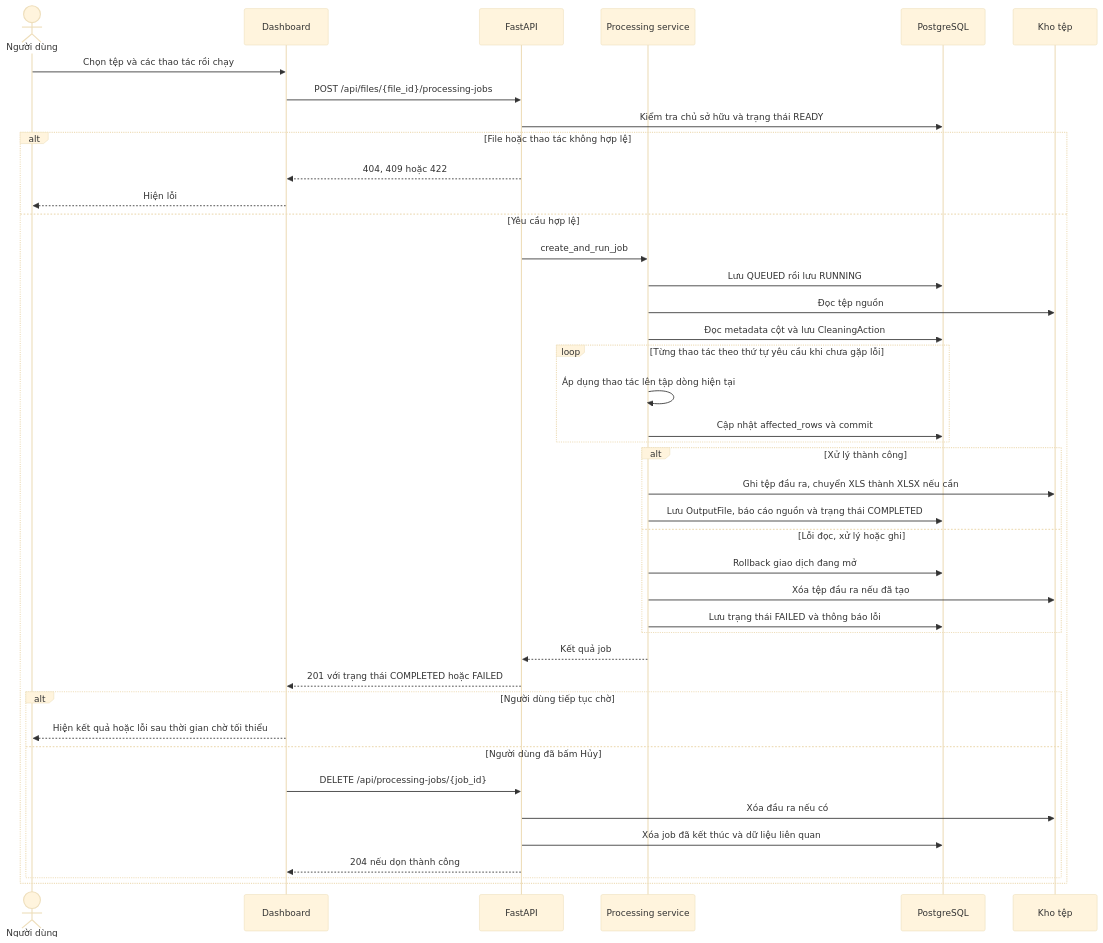
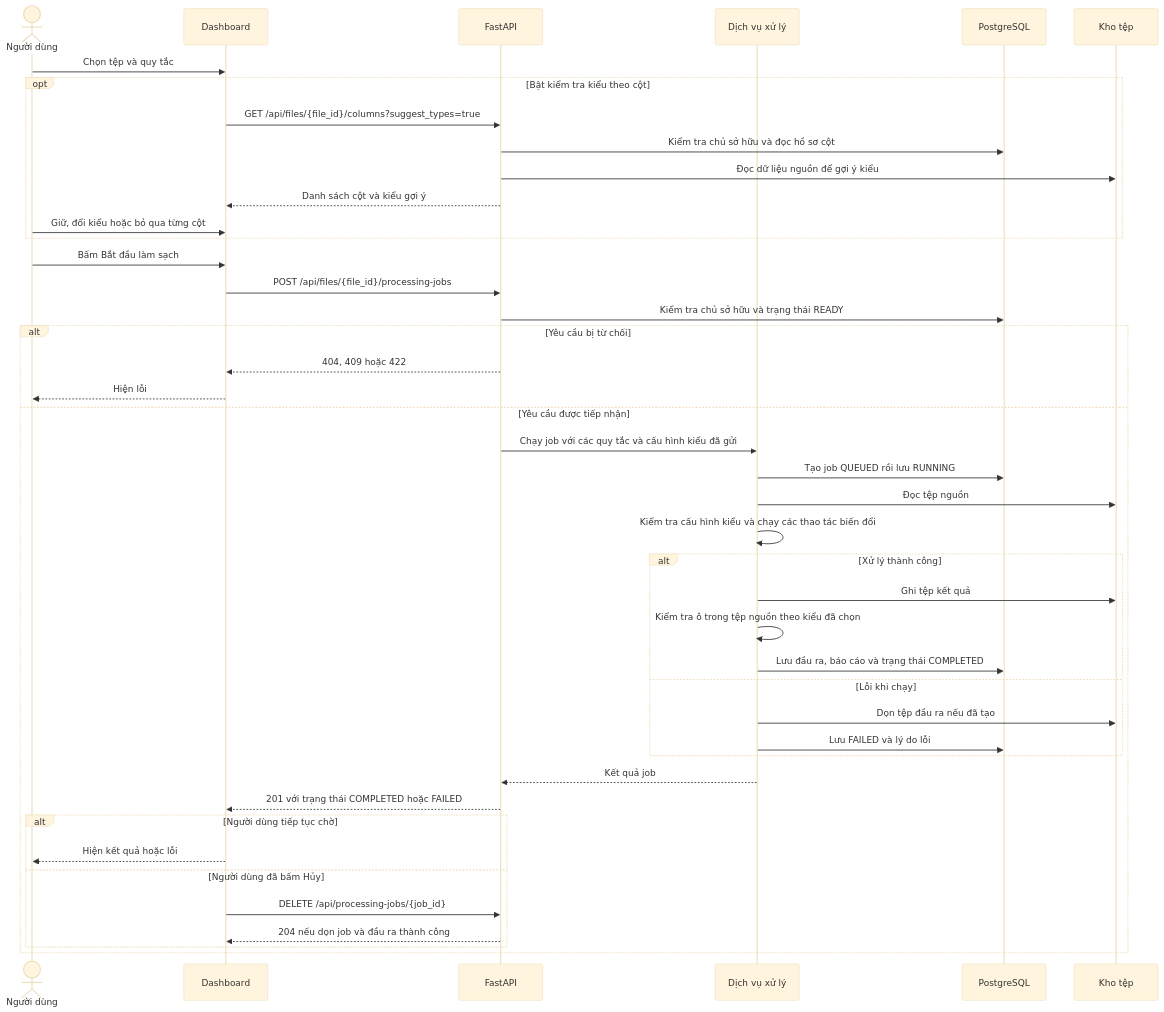
Diagram 12 of 24 in docs/diagrams/So-do-activity-va-sequence.md (tuoicaominh/DATA-CLEANING-AND-ANALYSIS-), drawn with Mermaid (base theme) before and after one commit. The commit also changed other lines of this file and 2 other files, not shown here.

First line of the commit message:
docs: Cập nhật sơ đồ và báo cáo chức năng làm sạch dữ liệu

````diff
--- a/docs/diagrams/So-do-activity-va-sequence.md
+++ b/docs/diagrams/So-do-activity-va-sequence.md
@@ -307,43 +313,45 @@
 ```mermaid
 sequenceDiagram
     actor U as Người dùng
     participant UI as Dashboard
     participant API as FastAPI
-    participant S as Processing service
+    participant S as Dịch vụ xử lý
     participant DB as PostgreSQL
     participant FS as Kho tệp
-    U->>UI: Chọn tệp và các thao tác rồi chạy
+    U->>UI: Chọn tệp và quy tắc
+    opt Bật kiểm tra kiểu theo cột
+        UI->>API: GET /api/files/{file_id}/columns?suggest_types=true
+        API->>DB: Kiểm tra chủ sở hữu và đọc hồ sơ cột
+        API->>FS: Đọc dữ liệu nguồn để gợi ý kiểu
+        API-->>UI: Danh sách cột và kiểu gợi ý
+        U->>UI: Giữ, đổi kiểu hoặc bỏ qua từng cột
+    end
+    U->>UI: Bấm Bắt đầu làm sạch
     UI->>API: POST /api/files/{file_id}/processing-jobs
     API->>DB: Kiểm tra chủ sở hữu và trạng thái READY
-    alt File hoặc thao tác không hợp lệ
+    alt Yêu cầu bị từ chối
         API-->>UI: 404, 409 hoặc 422
         UI-->>U: Hiện lỗi
-    else Yêu cầu hợp lệ
-        API->>S: create_and_run_job
-        S->>DB: Lưu QUEUED rồi lưu RUNNING
+    else Yêu cầu được tiếp nhận
+        API->>S: Chạy job với các quy tắc và cấu hình kiểu đã gửi
+        S->>DB: Tạo job QUEUED rồi lưu RUNNING
         S->>FS: Đọc tệp nguồn
-        S->>DB: Đọc metadata cột và lưu CleaningAction
-        loop Từng thao tác theo thứ tự yêu cầu khi chưa gặp lỗi
-            S->>S: Áp dụng thao tác lên tập dòng hiện tại
-            S->>DB: Cập nhật affected_rows và commit
-        end
+        S->>S: Kiểm tra cấu hình kiểu và chạy các thao tác biến đổi
         alt Xử lý thành công
-            S->>FS: Ghi tệp đầu ra, chuyển XLS thành XLSX nếu cần
-            S->>DB: Lưu OutputFile, báo cáo nguồn và trạng thái COMPLETED
-        else Lỗi đọc, xử lý hoặc ghi
-            S->>DB: Rollback giao dịch đang mở
-            S->>FS: Xóa tệp đầu ra nếu đã tạo
-            S->>DB: Lưu trạng thái FAILED và thông báo lỗi
+            S->>FS: Ghi tệp kết quả
+            S->>S: Kiểm tra ô trong tệp nguồn theo kiểu đã chọn
+            S->>DB: Lưu đầu ra, báo cáo và trạng thái COMPLETED
+        else Lỗi khi chạy
+            S->>FS: Dọn tệp đầu ra nếu đã tạo
+            S->>DB: Lưu FAILED và lý do lỗi
         end
         S-->>API: Kết quả job
         API-->>UI: 201 với trạng thái COMPLETED hoặc FAILED
         alt Người dùng tiếp tục chờ
-            UI-->>U: Hiện kết quả hoặc lỗi sau thời gian chờ tối thiểu
+            UI-->>U: Hiện kết quả hoặc lỗi
         else Người dùng đã bấm Hủy
             UI->>API: DELETE /api/processing-jobs/{job_id}
-            API->>FS: Xóa đầu ra nếu có
-            API->>DB: Xóa job đã kết thúc và dữ liệu liên quan
-            API-->>UI: 204 nếu dọn thành công
+            API-->>UI: 204 nếu dọn job và đầu ra thành công
         end
     end
 ```
````
